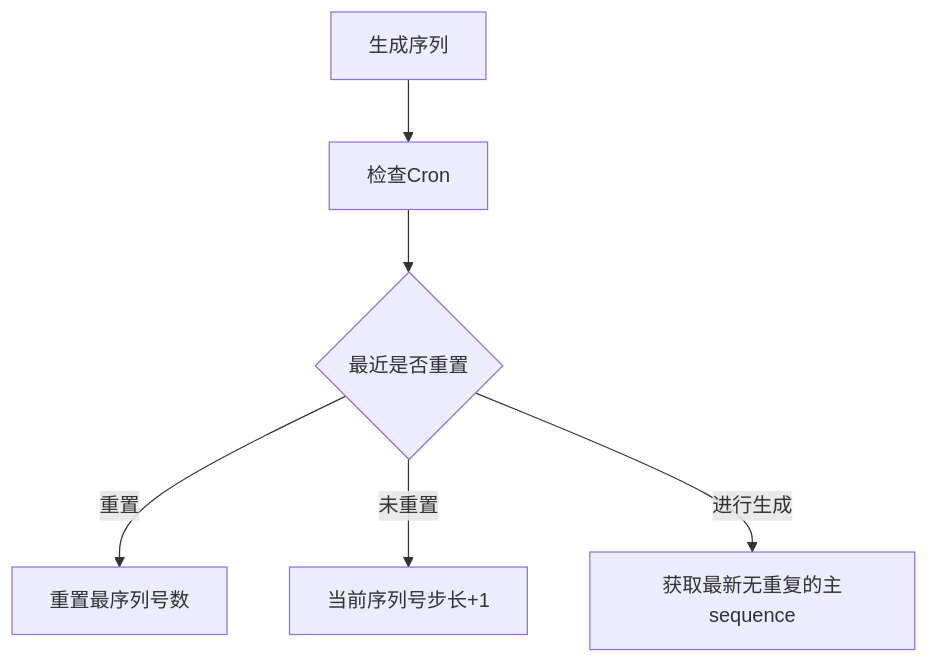
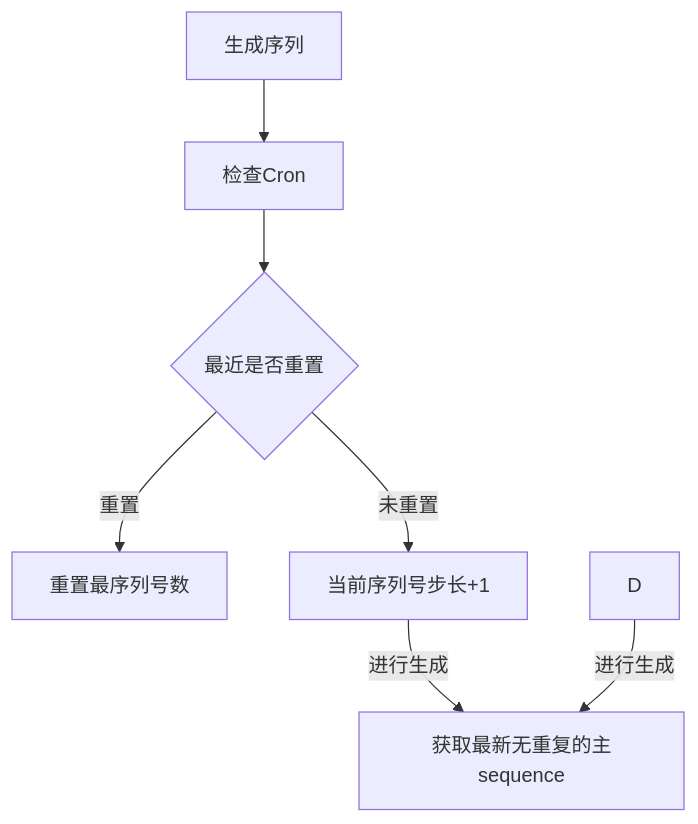
Before and after one commit to zBo1997/Theta: the diagram in README.md, drawn with Mermaid.

Commit message:
update
update

````diff
--- a/README.md
+++ b/README.md
@@ -33,8 +33,9 @@
 ```mermaid
 graph TD
 A[生成序列] --> B[检查Cron]
 B --> C{最近是否重置}
-C -->|重置| D[重置最序列号数]
+C -->|重置| DD[重置最序列号数]
 C -->|未重置| E[当前序列号步长+1]
-C -->|进行生成| F[获取最新无重复的主sequence]
+E -->|进行生成| F[获取最新无重复的主sequence]
+D -->|进行生成| F[获取最新无重复的主sequence]
 ```
````
